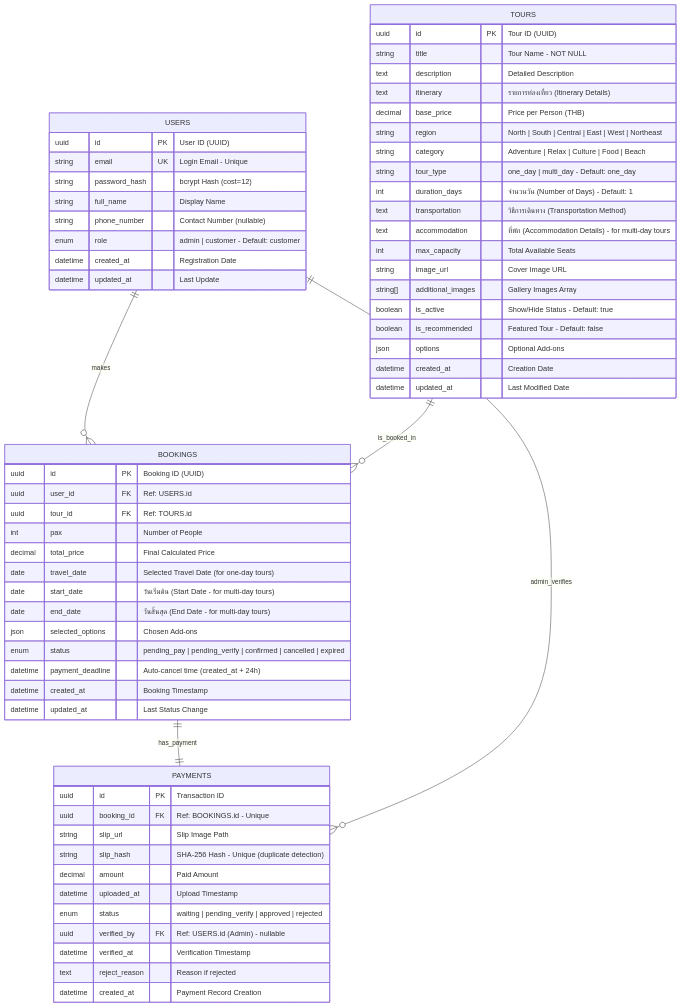
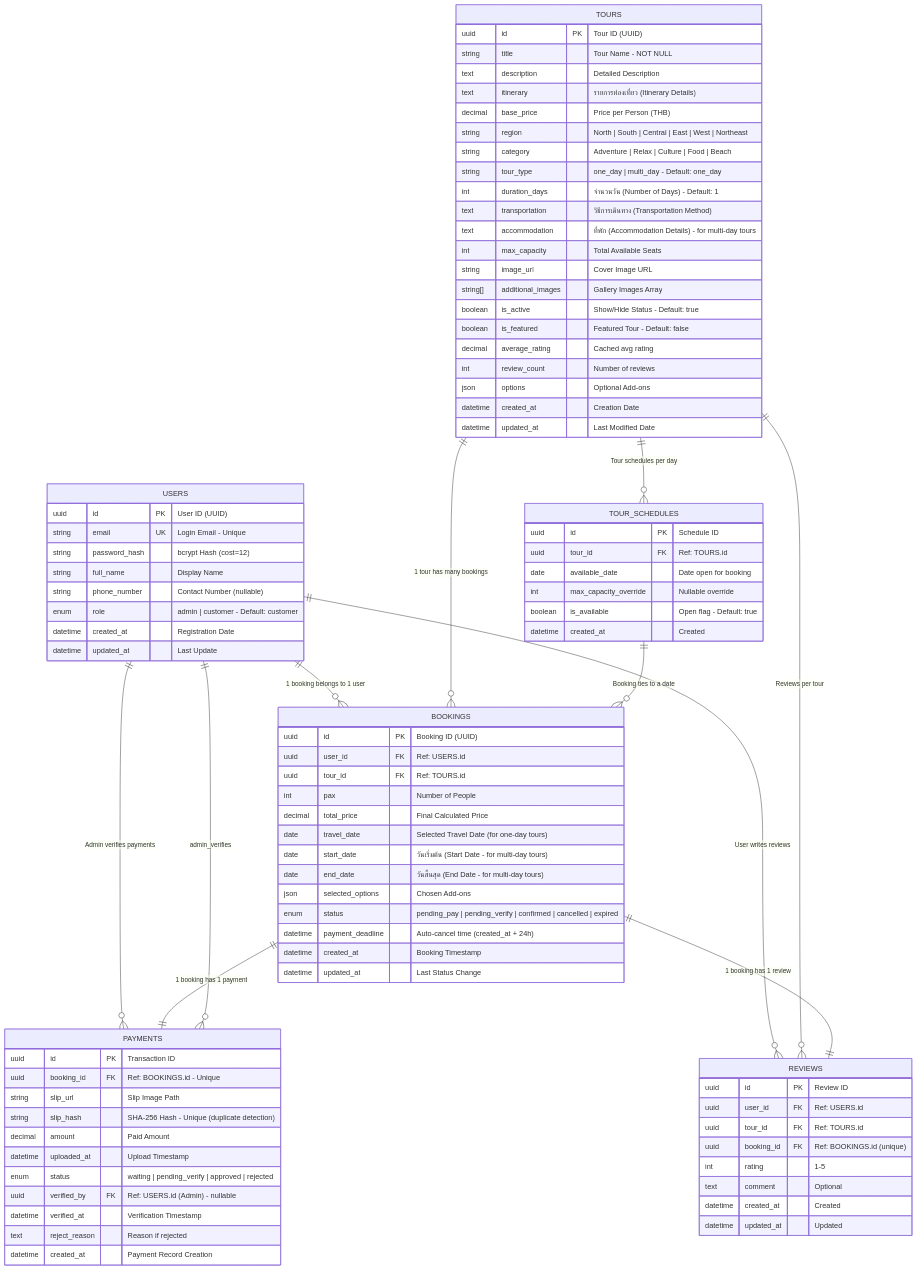
The diagram in system_based/Database Design.md (psu6810110135/final_porj), drawn with Mermaid before and after one commit. The commit also changed other lines of this file and 1 other file, not shown here.

````diff
--- a/system_based/Database Design.md
+++ b/system_based/Database Design.md
@@ -39,6 +47,18 @@
         enum role "admin | customer - Default: customer"
         datetime created_at "Registration Date"
         datetime updated_at "Last Update"
+    }
+
+    %% ========== Reviews ==========
+    REVIEWS {
+        uuid id PK "Review ID"
+        uuid user_id FK "Ref: USERS.id"
+        uuid tour_id FK "Ref: TOURS.id"
+        uuid booking_id FK "Ref: BOOKINGS.id (unique)"
+        int rating "1-5"
+        text comment "Optional"
+        datetime created_at "Created"
+        datetime updated_at "Updated"
     }
 
     %% ========== Tour Management ==========
@@ -58,10 +78,22 @@
         string image_url "Cover Image URL"
         string[] additional_images "Gallery Images Array"
         boolean is_active "Show/Hide Status - Default: true"
-        boolean is_recommended "Featured Tour - Default: false"
+        boolean is_featured "Featured Tour - Default: false"
+        decimal average_rating "Cached avg rating"
+        int review_count "Number of reviews"
         json options "Optional Add-ons"
         datetime created_at "Creation Date"
         datetime updated_at "Last Modified Date"
+    }
+
+    %% ========== Tour Schedules ==========
+    TOUR_SCHEDULES {
+        uuid id PK "Schedule ID"
+        uuid tour_id FK "Ref: TOURS.id"
+        date available_date "Date open for booking"
+        int max_capacity_override "Nullable override"
+        boolean is_available "Open flag - Default: true"
+        datetime created_at "Created"
     }
 
     %% ========== Booking System ==========
@@ -97,8 +129,14 @@
     }
 
     %% ========== Relationships ==========
-    USERS ||--o{ BOOKINGS : "makes"
-    TOURS ||--o{ BOOKINGS : "is_booked_in"
-    BOOKINGS ||--|| PAYMENTS : "has_payment"
+    USERS ||--o{ BOOKINGS : "1 booking belongs to 1 user"
+    USERS ||--o{ PAYMENTS : "Admin verifies payments"
+    USERS ||--o{ REVIEWS : "User writes reviews"
+    TOURS ||--o{ BOOKINGS : "1 tour has many bookings"
+    TOURS ||--o{ TOUR_SCHEDULES : "Tour schedules per day"
+    TOURS ||--o{ REVIEWS : "Reviews per tour"
+    BOOKINGS ||--|| PAYMENTS : "1 booking has 1 payment"
+    BOOKINGS ||--|| REVIEWS : "1 booking has 1 review"
+    TOUR_SCHEDULES ||--o{ BOOKINGS : "Booking ties to a date"
     USERS ||--o{ PAYMENTS : "admin_verifies"
 ```
````
